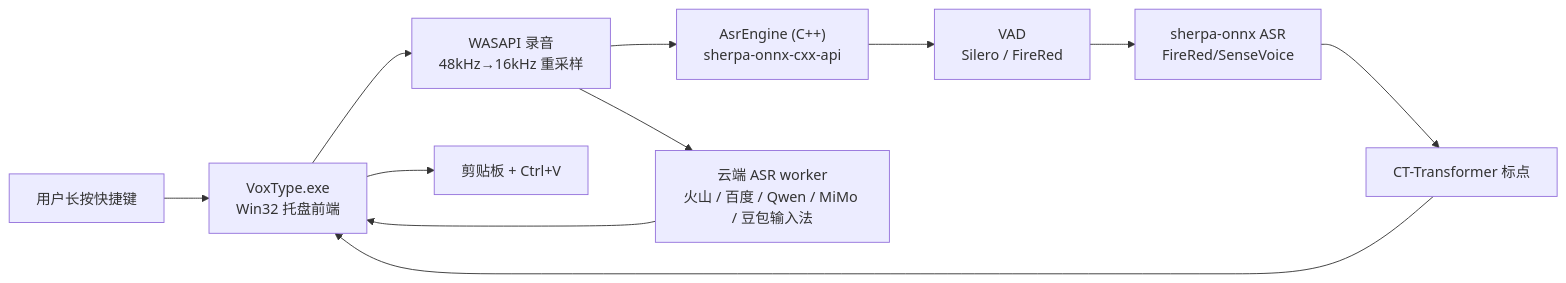
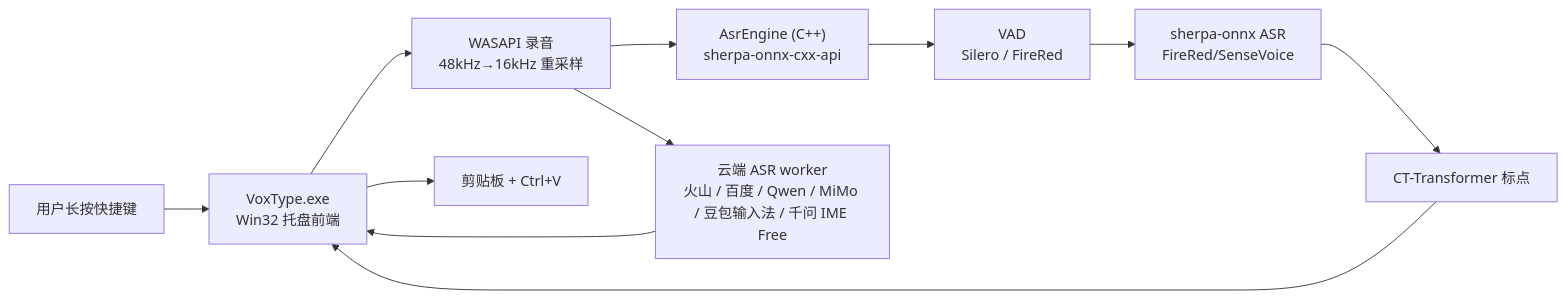
Before and after one commit to melody0709/Voice_LLM_ASR_Input: the first of 2 diagrams in doc/ARCHITECTURE_zh.md, drawn with Mermaid. The commit also changed other lines of this file and 49 other files, not shown here.

First line of the commit message:
release: bump version to 0.9.23, add qwen free backend support

````diff
--- a/doc/ARCHITECTURE_zh.md
+++ b/doc/ARCHITECTURE_zh.md
@@ -9,13 +9,13 @@
 ```mermaid
 flowchart LR
     User["用户长按快捷键"] --> Frontend["VoxType.exe<br/>Win32 托盘前端"]
     Frontend --> Recorder["WASAPI 录音<br/>48kHz→16kHz 重采样"]
     Recorder --> Engine["AsrEngine (C++)<br/>sherpa-onnx-cxx-api"]
-    Recorder --> Cloud["云端 ASR worker<br/>火山 / 百度 / Qwen / MiMo / 豆包输入法"]
+    Recorder --> Cloud["云端 ASR worker<br/>火山 / 百度 / Qwen / MiMo / 豆包输入法 / 千问 IME Free"]
     Engine --> VAD["VAD<br/>Silero / FireRed"]
     VAD --> ASR["sherpa-onnx ASR<br/>FireRed/SenseVoice"]
     ASR --> Punct["CT-Transformer 标点"]
     Punct --> Frontend
     Cloud --> Frontend
     Frontend --> Inject["剪贴板 + Ctrl+V"]
 ```
````
